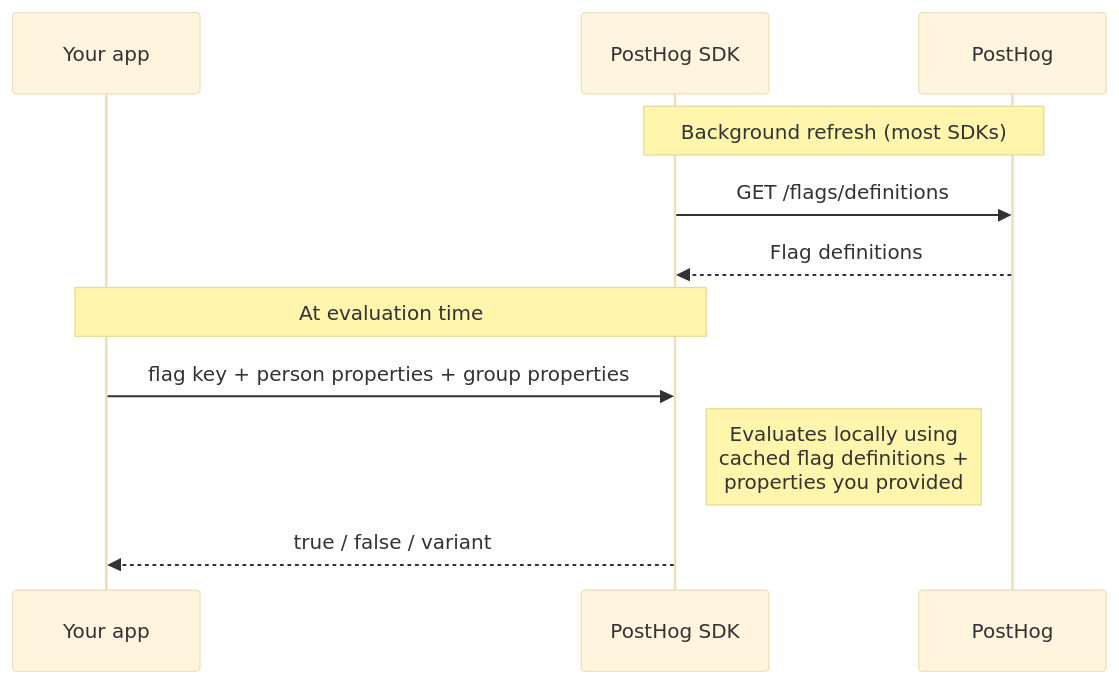
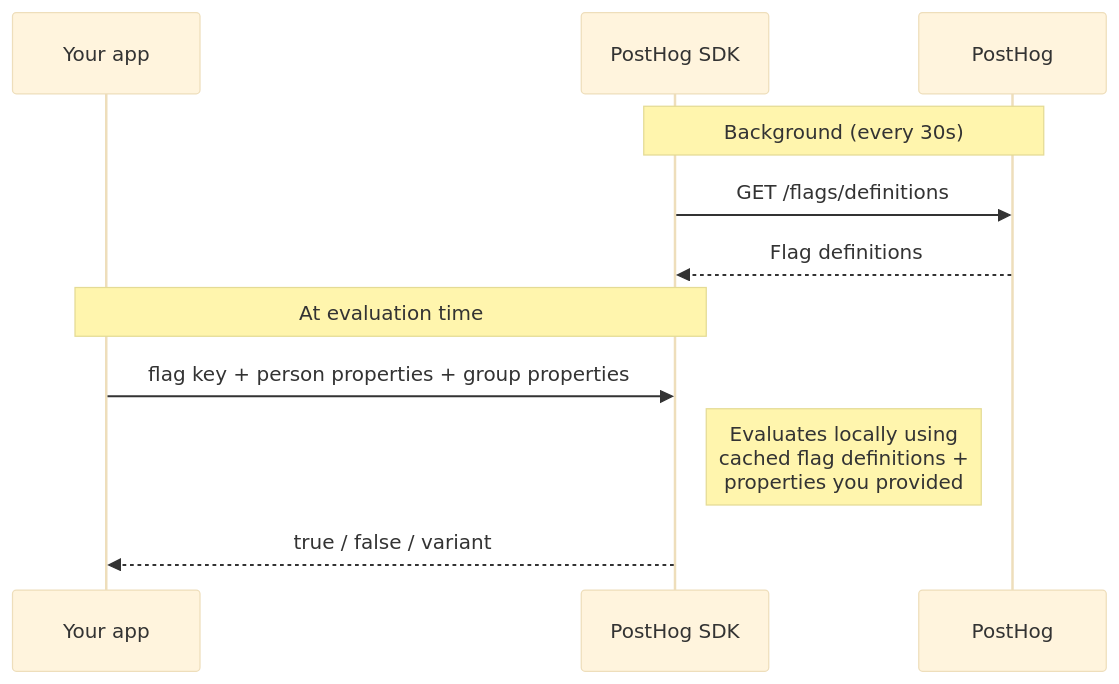
One commit to PostHog/posthog.com changed the second of 2 diagrams in contents/docs/feature-flags/local-evaluation/index.mdx. Above: the diagram before and after it, drawn with Mermaid (base theme). The commit also changed other lines of this file and 8 other files, not shown here.

````diff
--- a/contents/docs/feature-flags/local-evaluation/index.mdx
+++ b/contents/docs/feature-flags/local-evaluation/index.mdx
@@ -41,13 +41,13 @@
 ```mermaid
 sequenceDiagram
     participant App as Your app
     participant SDK as PostHog SDK
     participant PH as PostHog
-    Note over SDK,PH: Background refresh (most SDKs)
+    Note over SDK,PH: Background (every 30s)
     SDK->>PH: GET /flags/definitions
     PH-->>SDK: Flag definitions
     Note over App,SDK: At evaluation time
     App->>SDK: flag key + person properties + group properties
     Note right of SDK: Evaluates locally using<br/>cached flag definitions +<br/>properties you provided
     SDK-->>App: true / false / variant
 ```
````
